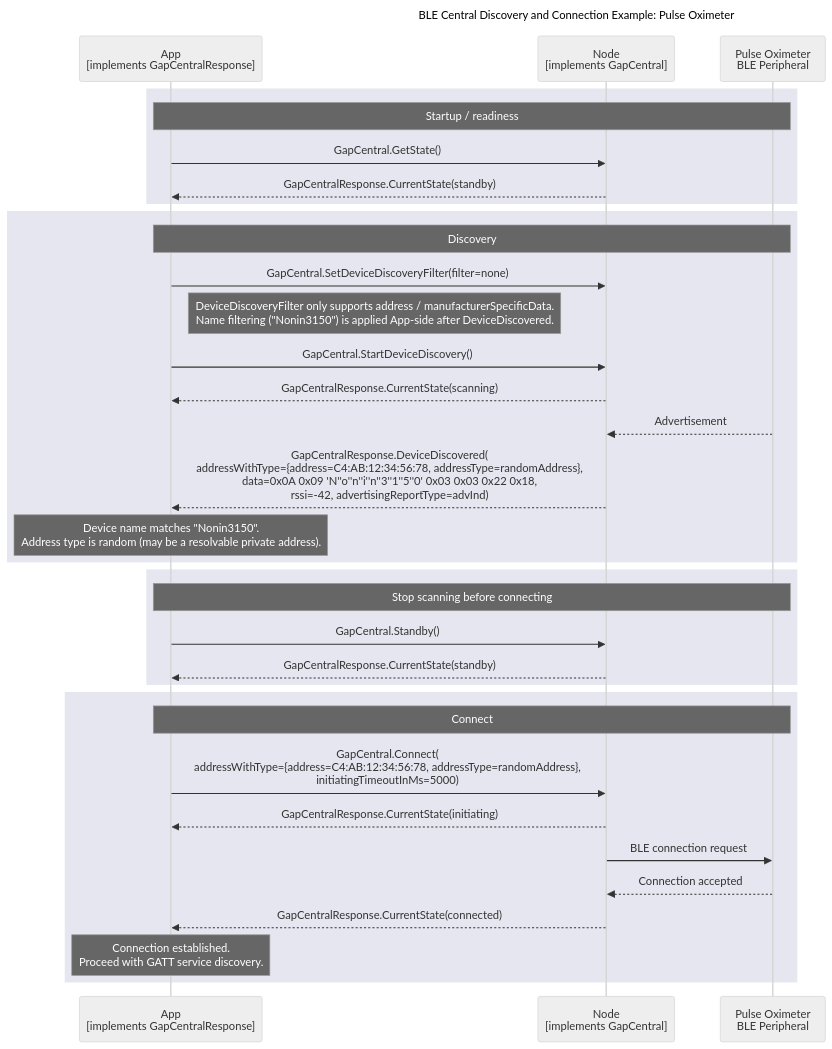
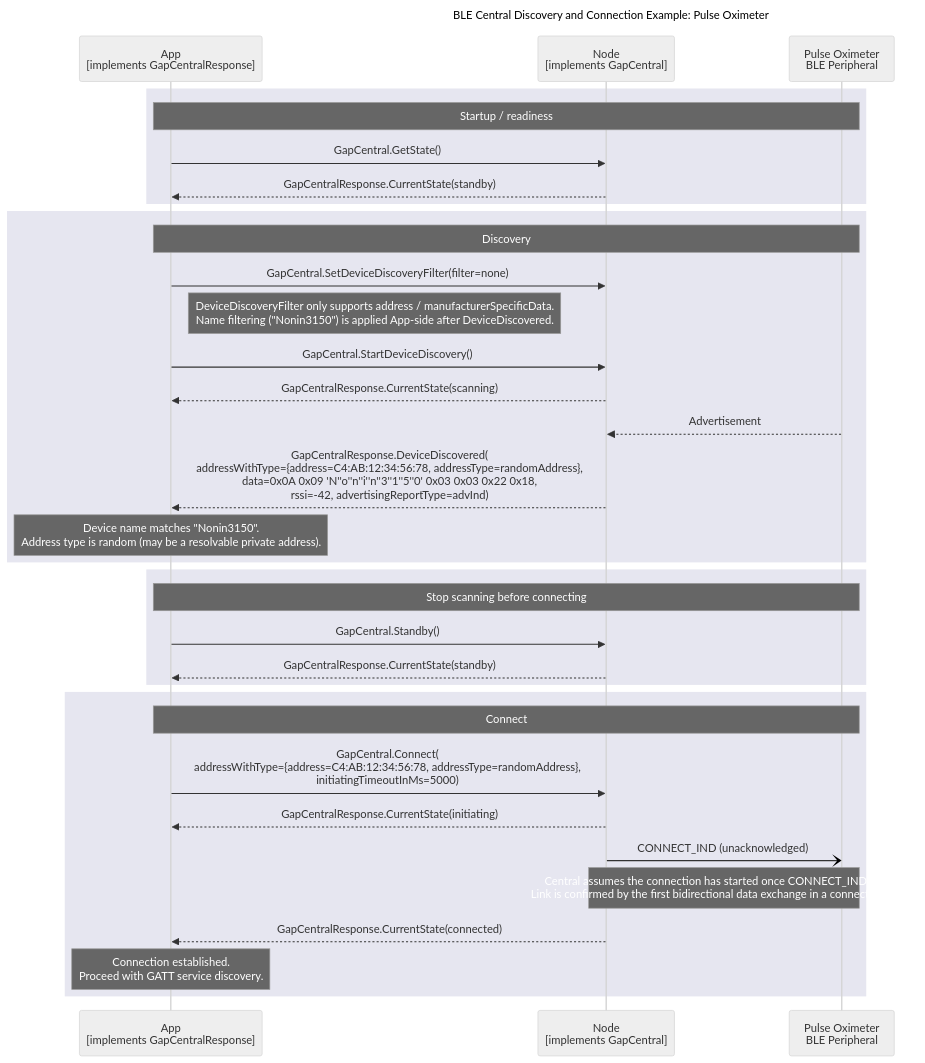
Before and after one commit to philips-software/amp-embedded-infra-lib: the diagram in documents/modules/ROOT/partials/echoservices/gap_central/GapCentral_DiscoveryAndConnection_sequence_example.mmd, drawn with Mermaid (neutral theme). The commit also changed 5 other files, not shown here.

Commit message:
CONNECT_IND assumption when connected

```diff
--- a/documents/modules/ROOT/partials/echoservices/gap_central/GapCentral_DiscoveryAndConnection_sequence_example.mmd
+++ b/documents/modules/ROOT/partials/echoservices/gap_central/GapCentral_DiscoveryAndConnection_sequence_example.mmd
@@ -1,43 +1,43 @@
 sequenceDiagram
     title BLE Central Discovery and Connection Example: Pulse Oximeter
 
     participant App as App<br>[implements GapCentralResponse]
     participant Node as Node<br>[implements GapCentral]
     participant Peripheral as Pulse Oximeter<br>BLE Peripheral
 
     rect rgb(230, 230, 240)
         note over App, Peripheral: Startup / readiness
         App->>Node: GapCentral.GetState()
         Node-->>App: GapCentralResponse.CurrentState(standby)
     end
 
     rect rgb(230, 230, 240)
         note over App, Peripheral: Discovery
         App->>Node: GapCentral.SetDeviceDiscoveryFilter(filter=none)
         Note right of App: DeviceDiscoveryFilter only supports address / manufacturerSpecificData.<br>Name filtering ("Nonin3150") is applied App-side after DeviceDiscovered.
         App->>Node: GapCentral.StartDeviceDiscovery()
         Node-->>App: GapCentralResponse.CurrentState(scanning)
 
         Peripheral-->>Node: Advertisement
         Node-->>App: GapCentralResponse.DeviceDiscovered(<br>addressWithType={address=C4:AB:12:34:56:78, addressType=randomAddress},<br>data=0x0A 0x09 'N''o''n''i''n''3''1''5''0' 0x03 0x03 0x22 0x18,<br>rssi=-42, advertisingReportType=advInd)
 
         note over App: Device name matches "Nonin3150".<br>Address type is random (may be a resolvable private address).
     end
 
     rect rgb(230, 230, 240)
         note over App, Peripheral: Stop scanning before connecting
         App->>Node: GapCentral.Standby()
         Node-->>App: GapCentralResponse.CurrentState(standby)
     end
 
     rect rgb(230, 230, 240)
         note over App, Peripheral: Connect
         App->>Node: GapCentral.Connect(<br>addressWithType={address=C4:AB:12:34:56:78, addressType=randomAddress},<br>initiatingTimeoutInMs=5000)
         Node-->>App: GapCentralResponse.CurrentState(initiating)
 
-        Node->>Peripheral: BLE connection request
-        Peripheral-->>Node: Connection accepted
+        Node-)Peripheral: CONNECT_IND (unacknowledged)
+        Note over Node, Peripheral: Central assumes the connection has started once CONNECT_IND is sent.<br>Link is confirmed by the first bidirectional data exchange in a connection event.
         Node-->>App: GapCentralResponse.CurrentState(connected)
 
         note over App: Connection established.<br>Proceed with GATT service discovery.
     end
```
